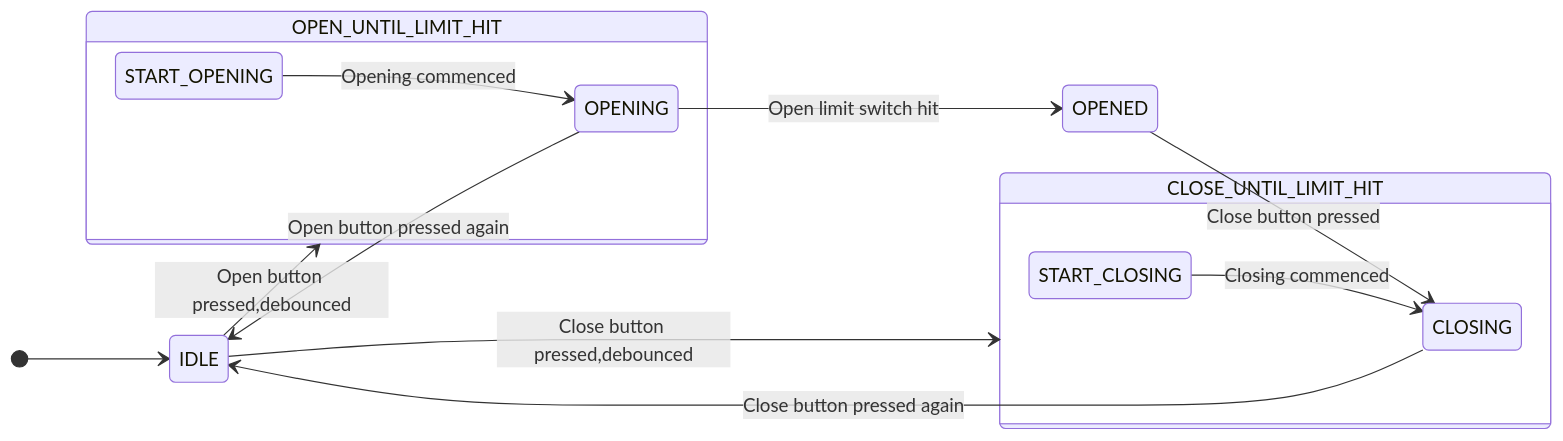
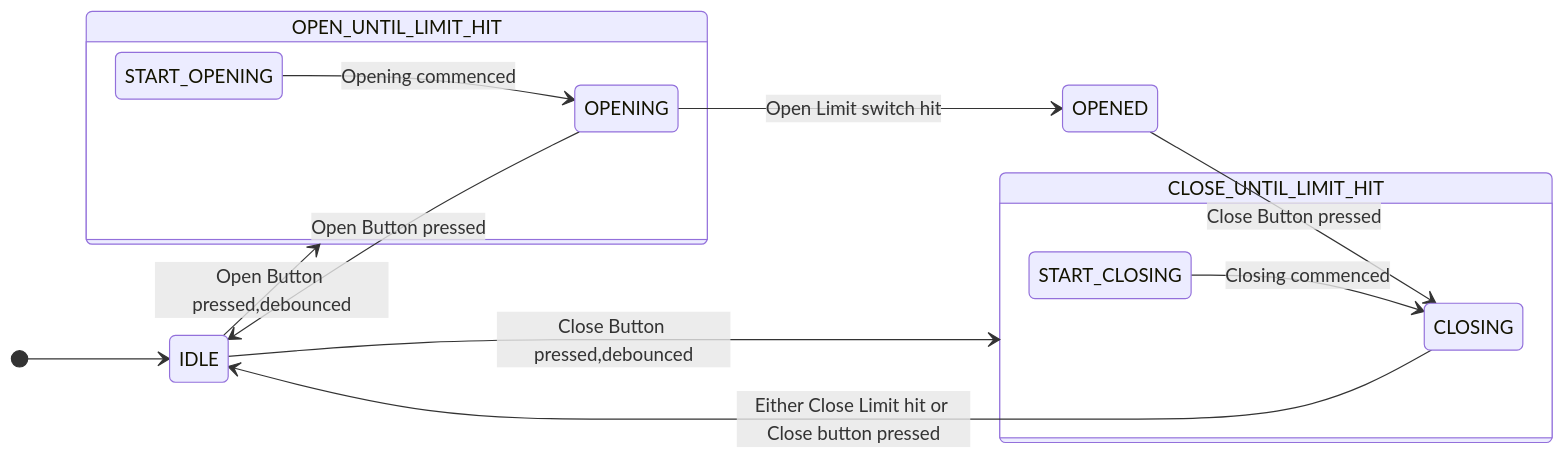
Before and after one commit to microcontrollersig/workshop: the diagram in john/README.md, drawn with Mermaid.

````diff
--- a/john/README.md
+++ b/john/README.md
@@ -6,19 +6,19 @@
 ```mermaid
 stateDiagram
     direction LR
     [*] --> IDLE
-    IDLE --> OPEN_UNTIL_LIMIT_HIT: Open button pressed,debounced
-    IDLE --> CLOSE_UNTIL_LIMIT_HIT: Close button pressed,debounced
-    OPENING --> IDLE: Open button pressed again
-    CLOSING --> IDLE: Close button pressed again
-    OPENING --> OPENED : Open limit switch hit
-    OPENED --> CLOSING: Close button pressed
+    IDLE --> OPEN_UNTIL_LIMIT_HIT: Open Button pressed,debounced
+    IDLE --> CLOSE_UNTIL_LIMIT_HIT: Close Button pressed,debounced
+    OPENING --> IDLE: Open Button pressed
+    CLOSING --> IDLE: Either Close Limit hit or Close button pressed
+    OPENING --> OPENED : Open Limit switch hit
+    OPENED --> CLOSING: Close Button pressed
     state OPEN_UNTIL_LIMIT_HIT {
       direction LR
       START_OPENING --> OPENING: Opening commenced
     }
     state CLOSE_UNTIL_LIMIT_HIT {
       direction LR
       START_CLOSING --> CLOSING: Closing commenced
     }    
 ```
````
